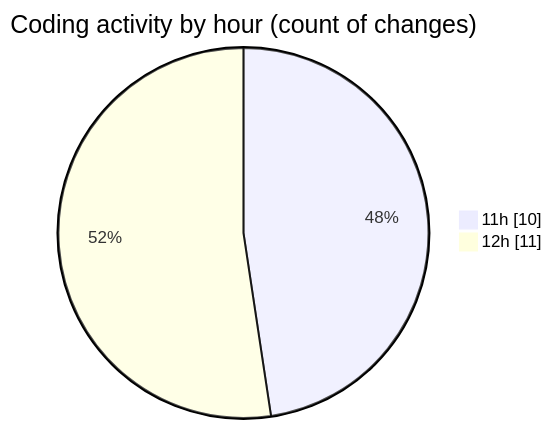
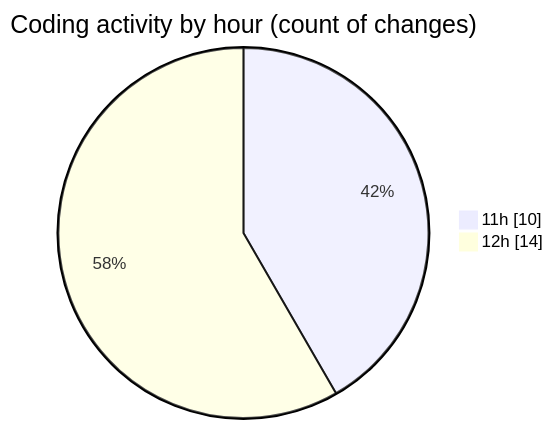
The second of 2 diagrams in 2025-09-24/plugins/README.md (debugP/code-tracking), drawn with Mermaid before and after one commit. The commit also changed other lines of this file and 1 other file, not shown here.

````diff
--- a/2025-09-24/plugins/README.md
+++ b/2025-09-24/plugins/README.md
@@ -28,6 +28,6 @@
 ```mermaid
 pie showData
 title Coding activity by hour (count of changes)
 "11h" : 10
-"12h" : 11
+"12h" : 14
 ```
````
